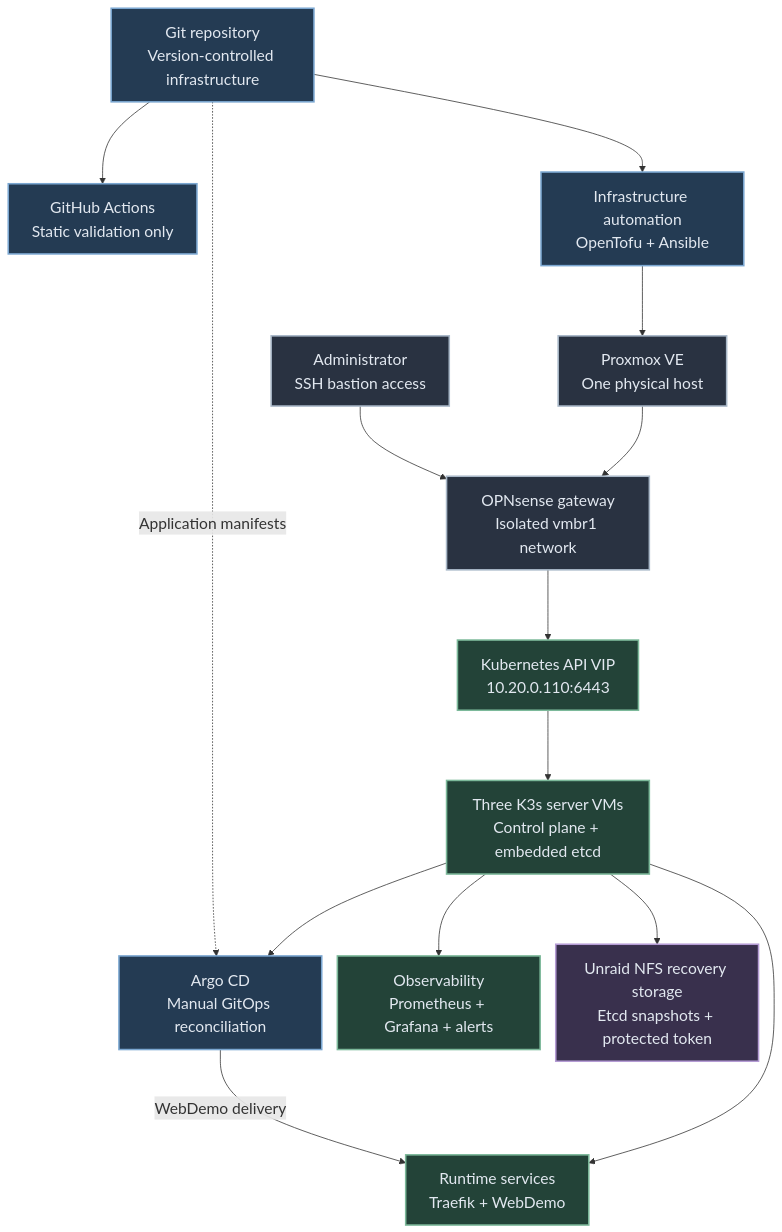
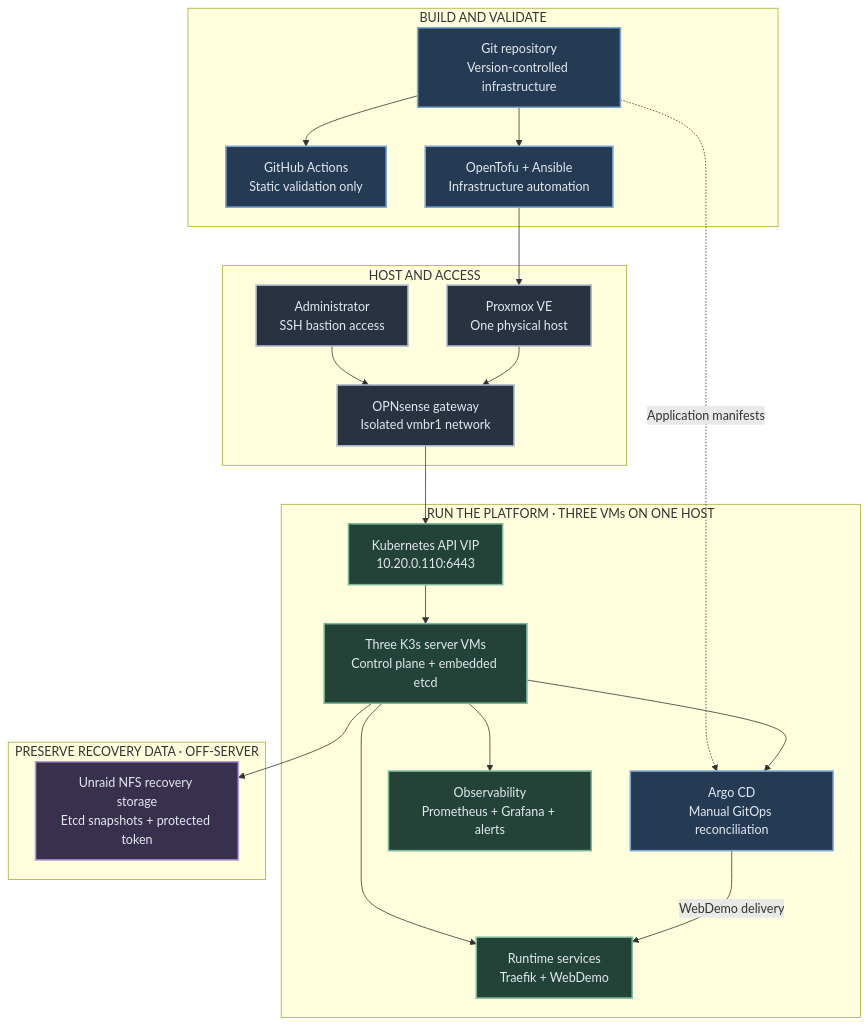
The first of 3 diagrams in README.md (Capasiter/homelab-portfolio), drawn with Mermaid before and after one commit. The commit also changed other lines of this file, not shown here.

Commit message:
docs: apply grouped visual style to all README diagrams

````diff
--- a/README.md
+++ b/README.md
@@ -32,40 +32,45 @@
 ```mermaid
-%%{init: {"flowchart": {"nodeSpacing": 20, "rankSpacing": 90, "curve": "basis"}, "themeVariables": {"fontSize": "20px"}}}%%
-flowchart TD
-    Git["Git repository<br/>Version-controlled infrastructure"]
-    CI["GitHub Actions<br/>Static validation only"]
-    Automation["Infrastructure automation<br/>OpenTofu + Ansible"]
-    Proxmox["Proxmox VE<br/>One physical host"]
-    Admin["Administrator<br/>SSH bastion access"]
-    Gateway["OPNsense gateway<br/>Isolated vmbr1 network"]
-    VIP["Kubernetes API VIP<br/>10.20.0.110:6443"]
-    Cluster["Three K3s server VMs<br/>Control plane + embedded etcd"]
-    Argo["Argo CD<br/>Manual GitOps reconciliation"]
-    Services["Runtime services<br/>Traefik + WebDemo"]
-    Observe["Observability<br/>Prometheus + Grafana + alerts"]
-    Backup["Unraid NFS recovery storage<br/>Etcd snapshots + protected token"]
-
-    Git --> CI
-    Git --> Automation
+flowchart TB
+    subgraph Build["BUILD AND VALIDATE"]
+        Git["Git repository<br/>Version-controlled infrastructure"]
+        CI["GitHub Actions<br/>Static validation only"]
+        Automation["OpenTofu + Ansible<br/>Infrastructure automation"]
+        Git --> CI
+        Git --> Automation
+    end
+    subgraph Access["HOST AND ACCESS"]
+        Proxmox["Proxmox VE<br/>One physical host"]
+        Admin["Administrator<br/>SSH bastion access"]
+        Gateway["OPNsense gateway<br/>Isolated vmbr1 network"]
+        Proxmox --> Gateway
+        Admin --> Gateway
+    end
+    subgraph Platform["RUN THE PLATFORM · THREE VMs ON ONE HOST"]
+        VIP["Kubernetes API VIP<br/>10.20.0.110:6443"]
+        Cluster["Three K3s server VMs<br/>Control plane + embedded etcd"]
+        Argo["Argo CD<br/>Manual GitOps reconciliation"]
+        Services["Runtime services<br/>Traefik + WebDemo"]
+        Observe["Observability<br/>Prometheus + Grafana + alerts"]
+        VIP --> Cluster
+        Cluster --> Argo
+        Argo -->|WebDemo delivery| Services
+        Cluster --> Services
+        Cluster --> Observe
+    end
+    subgraph Recovery["PRESERVE RECOVERY DATA · OFF-SERVER"]
+        Backup["Unraid NFS recovery storage<br/>Etcd snapshots + protected token"]
+    end
     Automation --> Proxmox
-    Admin --> Gateway
-    Proxmox --> Gateway
     Gateway --> VIP
-    VIP --> Cluster
     Git -.->|Application manifests| Argo
-    Cluster --> Argo
-    Argo -->|WebDemo delivery| Services
-    Cluster --> Services
-    Cluster --> Observe
     Cluster --> Backup
-
-    classDef delivery fill:#243b53,stroke:#7ba7d1,color:#e2e8f0,stroke-width:2px,font-size:20px
-    classDef boundary fill:#293241,stroke:#a9b8c8,color:#e2e8f0,stroke-width:2px,font-size:20px
-    classDef runtime fill:#234338,stroke:#7cb99a,color:#e2e8f0,stroke-width:2px,font-size:20px
-    classDef recovery fill:#39304d,stroke:#b49bd4,color:#e2e8f0,stroke-width:2px,font-size:20px
-
-    class Git,CI,Automation,Argo delivery
-    class Proxmox,Admin,Gateway boundary
-    class VIP,Cluster,Services,Observe runtime
-    class Backup recovery
+    classDef blue fill:#243b53,stroke:#7ba7d1,color:#e2e8f0,stroke-width:2px
+    classDef green fill:#234338,stroke:#7cb99a,color:#e2e8f0,stroke-width:2px
+    classDef purple fill:#39304d,stroke:#b49bd4,color:#e2e8f0,stroke-width:2px
+    classDef gray fill:#293241,stroke:#a9b8c8,color:#e2e8f0,stroke-width:2px
+    classDef amber fill:#4a3b24,stroke:#d7b77b,color:#e2e8f0,stroke-width:2px
+    class Git,CI,Automation,Argo blue
+    class Proxmox,Admin,Gateway gray
+    class VIP,Cluster,Services,Observe green
+    class Backup purple
 ```
````
